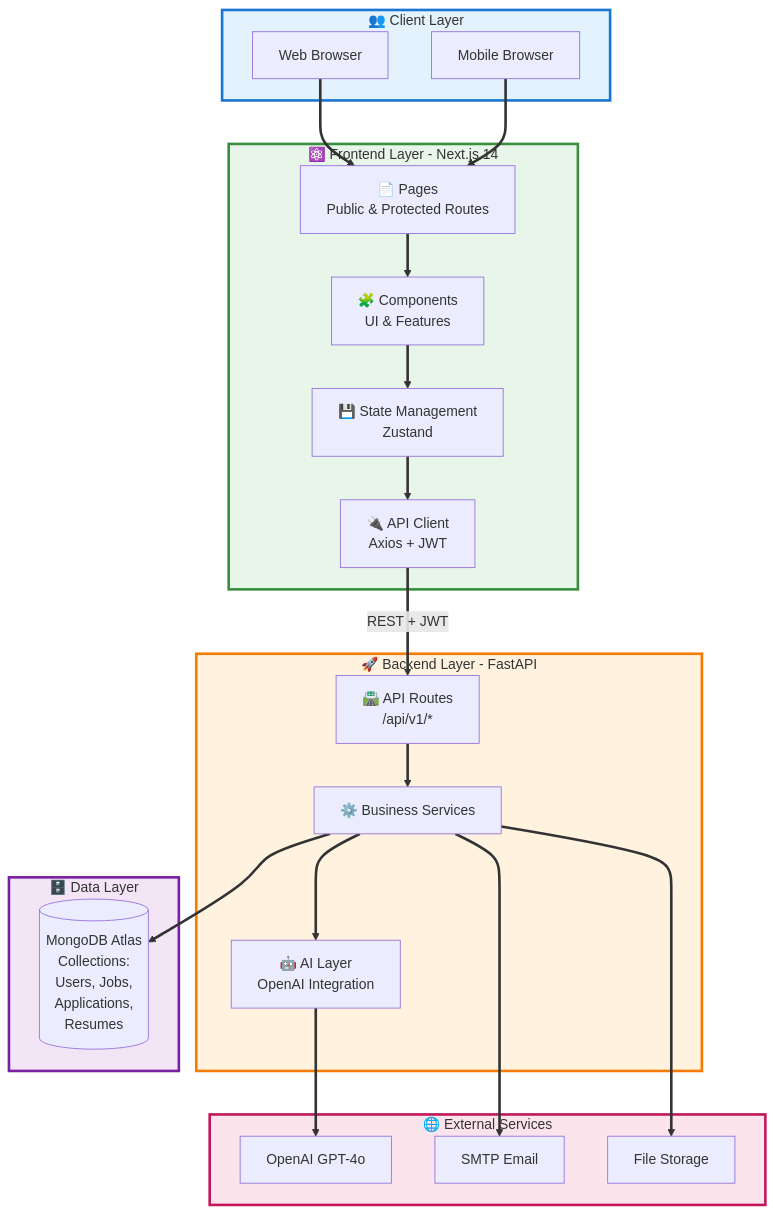
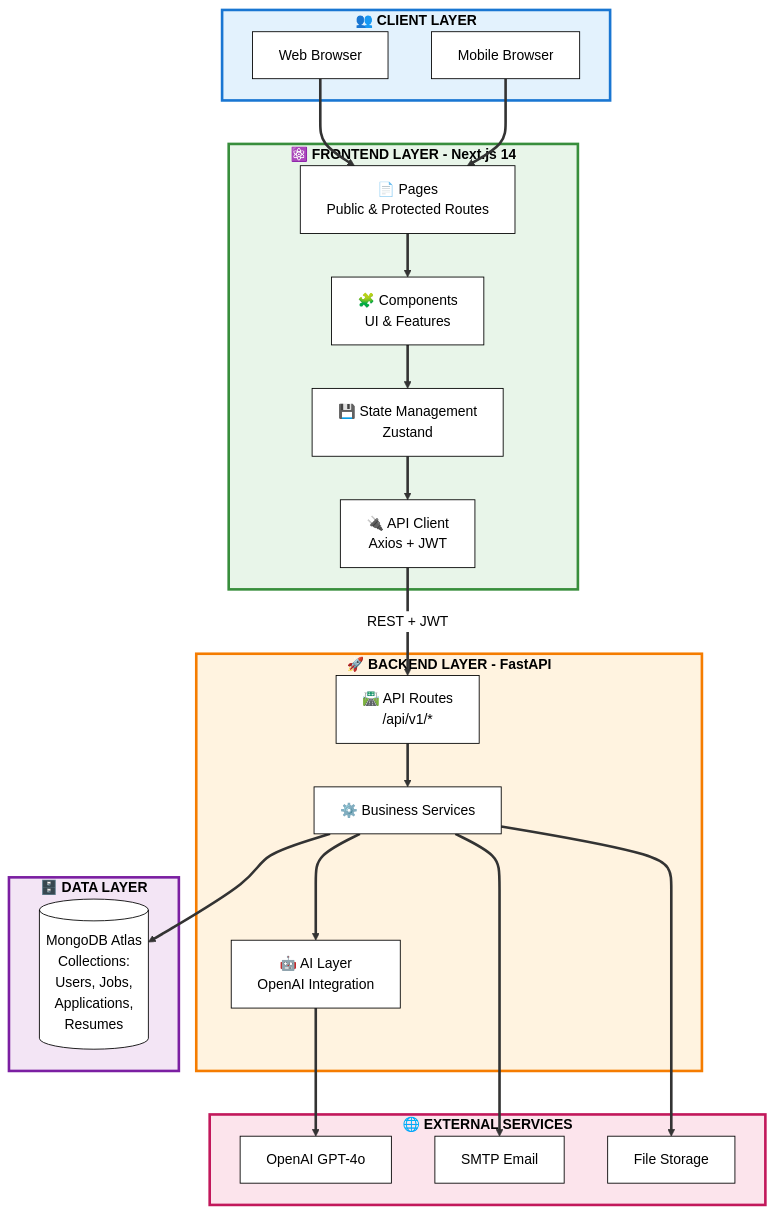
The second of 3 diagrams in README.md (fly2safa/JobPortal), drawn with Mermaid before and after one commit.

Commit message:
fix: Make subgraph titles bold and more visible in detailed architecture diagram
- Add Mermaid theme configuration for better text visibility
- Make all subgraph titles BOLD and UPPERCASE for prominence
- Set titleColor to black (#000000) for maximum contrast
- Configure theme variables for better overall readability
- Subgraph headers (Client Layer, Frontend Layer, etc.) now clearly visible

````diff
--- a/README.md
+++ b/README.md
@@ -145,60 +145,61 @@
 ```mermaid
+%%{init: {'theme':'base', 'themeVariables': { 'primaryColor':'#ffffff','primaryTextColor':'#000000','primaryBorderColor':'#000000','lineColor':'#333333','secondaryColor':'#f4f4f4','tertiaryColor':'#ffffff','clusterBkg':'#f9f9f9','clusterBorder':'#333333','titleColor':'#000000','edgeLabelBackground':'#ffffff'}}}%%
 graph TB
-    subgraph Client["👥 Client Layer"]
+    subgraph Client["<b>👥 CLIENT LAYER</b>"]
         Browser["Web Browser"]
         Mobile["Mobile Browser"]
     end
     
-    subgraph Frontend["⚛️ Frontend Layer - Next.js 14"]
+    subgraph Frontend["<b>⚛️ FRONTEND LAYER - Next.js 14</b>"]
         Pages["📄 Pages<br/>Public & Protected Routes"]
         Components["🧩 Components<br/>UI & Features"]
         Store["💾 State Management<br/>Zustand"]
         APIClient["🔌 API Client<br/>Axios + JWT"]
     end
     
-    subgraph Backend["🚀 Backend Layer - FastAPI"]
+    subgraph Backend["<b>🚀 BACKEND LAYER - FastAPI</b>"]
         Routes["🛣️ API Routes<br/>/api/v1/*"]
         Services["⚙️ Business Services"]
         AI["🤖 AI Layer<br/>OpenAI Integration"]
     end
     
-    subgraph Data["🗄️ Data Layer"]
+    subgraph Data["<b>🗄️ DATA LAYER</b>"]
         MongoDB[("MongoDB Atlas<br/>Collections:<br/>Users, Jobs,<br/>Applications,<br/>Resumes")]
     end
     
-    subgraph External["🌐 External Services"]
+    subgraph External["<b>🌐 EXTERNAL SERVICES</b>"]
         OpenAI["OpenAI GPT-4o"]
         SMTP["SMTP Email"]
         Files["File Storage"]
     end
     
     %% Connections
     Browser ==> Pages
     Mobile ==> Pages
     Pages ==> Components
     Components ==> Store
     Store ==> APIClient
     APIClient ==>|REST + JWT| Routes
     Routes ==> Services
     Services ==> AI
     Services ==> MongoDB
     AI ==> OpenAI
     Services ==> SMTP
     Services ==> Files
     
     %% Styling
     classDef clientStyle fill:#e3f2fd,stroke:#1976d2,stroke-width:3px
     classDef frontendStyle fill:#e8f5e9,stroke:#388e3c,stroke-width:3px
     classDef backendStyle fill:#fff3e0,stroke:#f57c00,stroke-width:3px
     classDef dataStyle fill:#f3e5f5,stroke:#7b1fa2,stroke-width:3px
     classDef externalStyle fill:#fce4ec,stroke:#c2185b,stroke-width:3px
     
     class Client clientStyle
     class Frontend frontendStyle
     class Backend backendStyle
     class Data dataStyle
     class External externalStyle
     
     %% Link styling for better visibility
     linkStyle default stroke:#333,stroke-width:3px
 ```
````
